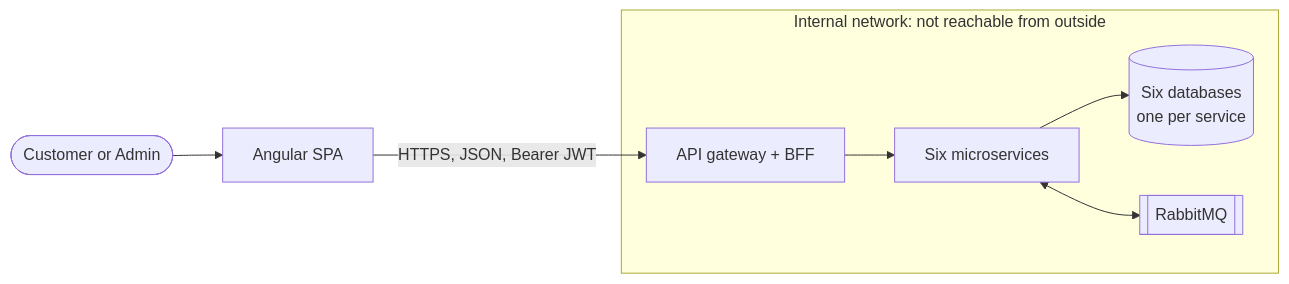
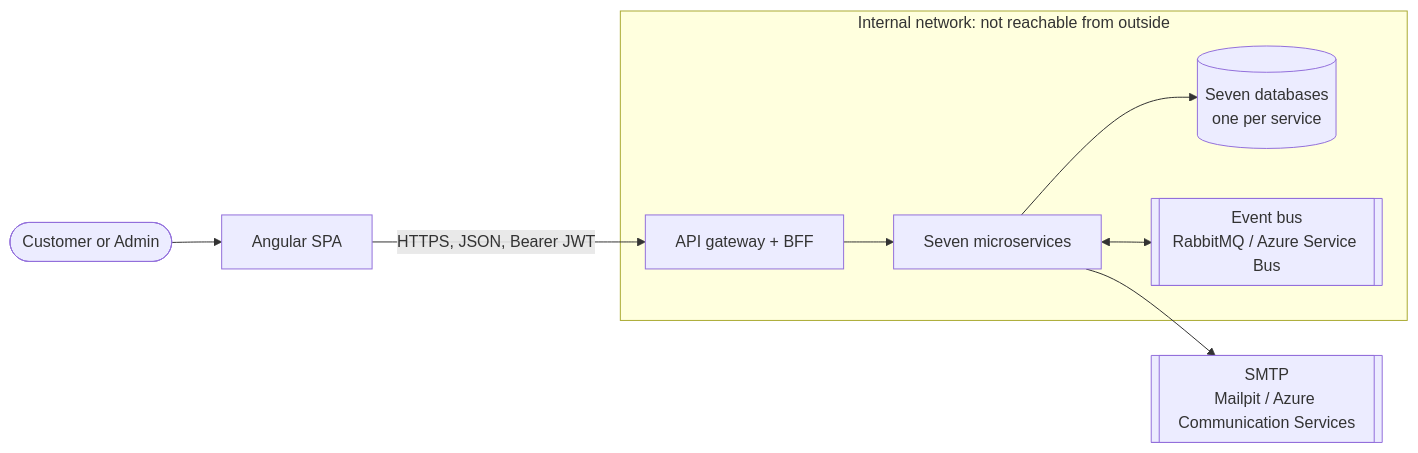
Before and after one commit to organizedanvrchy/Insurance-Full-Stack-App-MSA: the first of 13 diagrams in docs/ARCHITECTURE.md, drawn with Mermaid. The commit also changed other lines of this file and 9 other files, not shown here.

First line of the commit message:
Update architecture documentation and images

````diff
--- a/docs/ARCHITECTURE.md
+++ b/docs/ARCHITECTURE.md
@@ -41,11 +42,12 @@
 ```mermaid
 flowchart LR
     U(["Customer or Admin"])
     U --> SPA["Angular SPA"]
     SPA -- "HTTPS, JSON, Bearer JWT" --> GW["API gateway + BFF"]
     subgraph Internal["Internal network: not reachable from outside"]
-        GW --> SVC["Six microservices"]
-        SVC --> DBS[("Six databases<br/>one per service")]
-        SVC <--> BUS[["RabbitMQ"]]
+        GW --> SVC["Seven microservices"]
+        SVC --> DBS[("Seven databases<br/>one per service")]
+        SVC <--> BUS[["Event bus<br/>RabbitMQ / Azure Service Bus"]]
     end
+    SVC --> SMTP[["SMTP<br/>Mailpit / Azure Communication Services"]]
 ```
````
